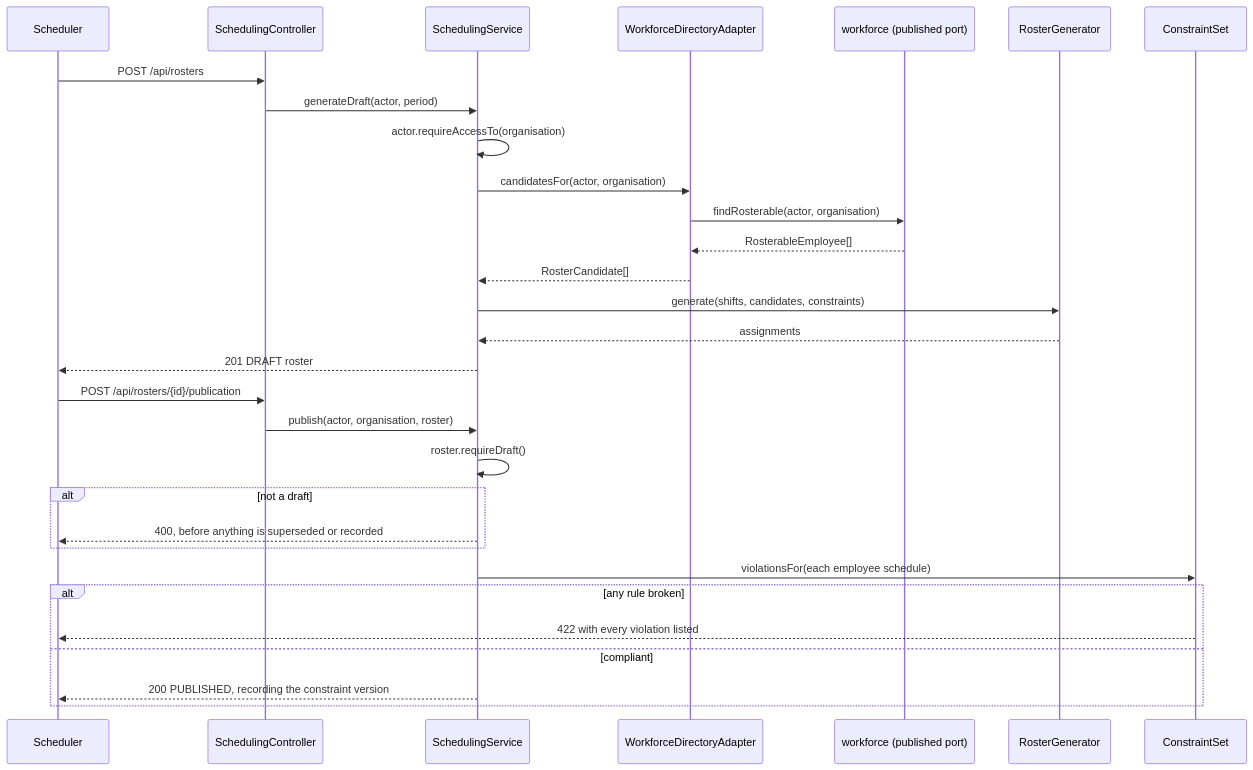
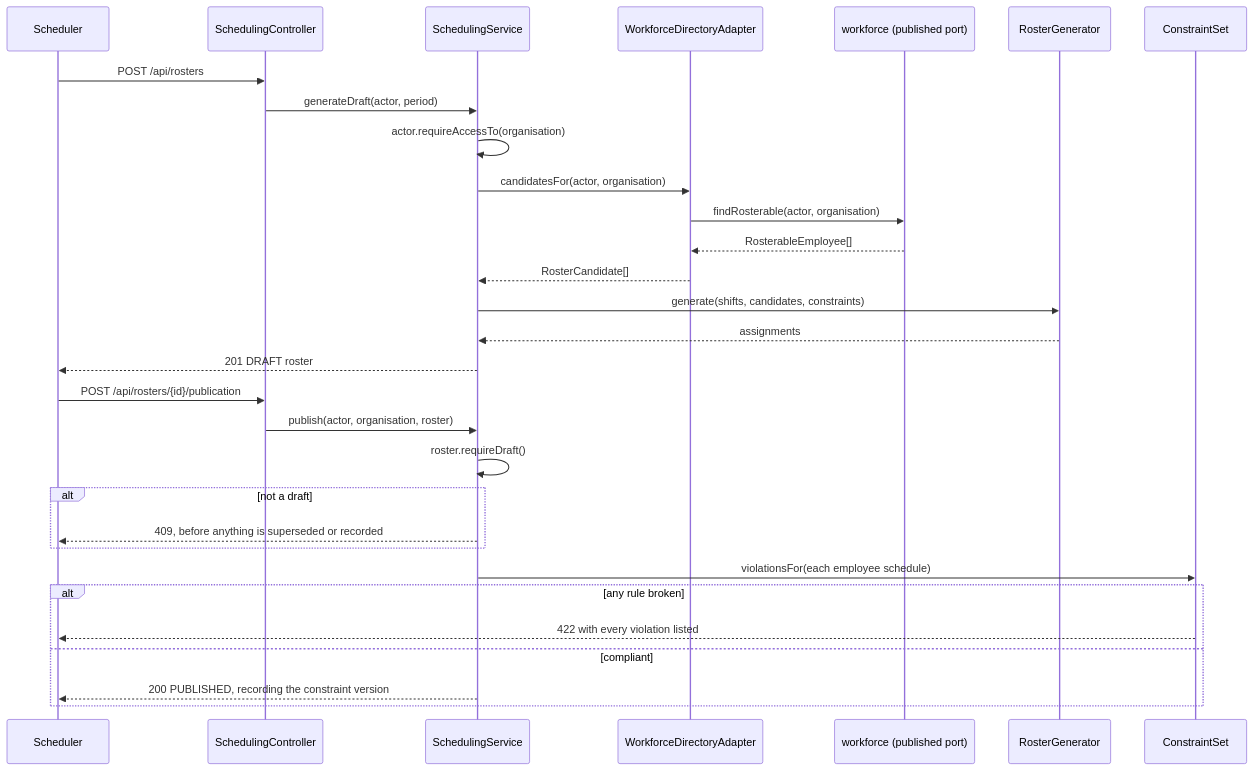
Before and after one commit to NaimElijah/HrSched: the third of 3 diagrams in docs/architecture/architecture.md, drawn with Mermaid. The commit also changed 5 other files, not shown here.

````diff
--- a/docs/architecture/architecture.md
+++ b/docs/architecture/architecture.md
@@ -226,34 +226,34 @@
 ```mermaid
 sequenceDiagram
     participant C as Scheduler
     participant W as SchedulingController
     participant S as SchedulingService
     participant D as WorkforceDirectoryAdapter
     participant F as workforce (published port)
     participant G as RosterGenerator
     participant R as ConstraintSet
 
     C->>W: POST /api/rosters
     W->>S: generateDraft(actor, period)
     S->>S: actor.requireAccessTo(organisation)
     S->>D: candidatesFor(actor, organisation)
     D->>F: findRosterable(actor, organisation)
     F-->>D: RosterableEmployee[]
     D-->>S: RosterCandidate[]
     S->>G: generate(shifts, candidates, constraints)
     G-->>S: assignments
     S-->>C: 201 DRAFT roster
 
     C->>W: POST /api/rosters/{id}/publication
     W->>S: publish(actor, organisation, roster)
     S->>S: roster.requireDraft()
     alt not a draft
-        S-->>C: 400, before anything is superseded or recorded
+        S-->>C: 409, before anything is superseded or recorded
     end
     S->>R: violationsFor(each employee schedule)
     alt any rule broken
         R-->>C: 422 with every violation listed
     else compliant
         S-->>C: 200 PUBLISHED, recording the constraint version
     end
 ```
````
